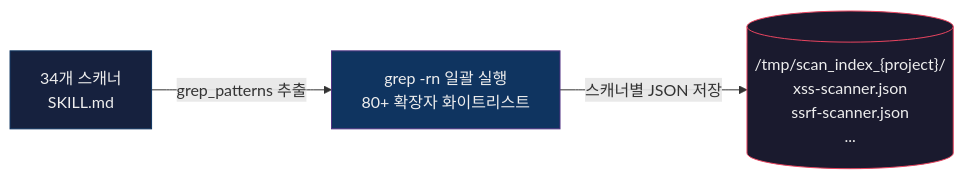
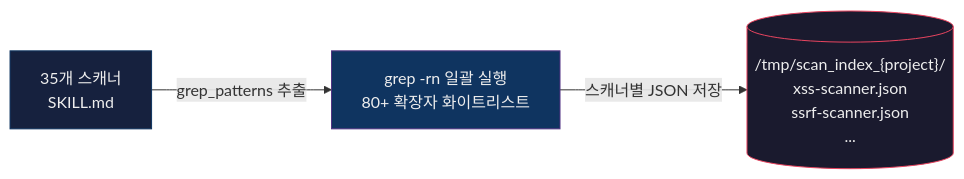
Before and after one commit to nomarlhack/noah-sast: the second of 4 diagrams in README.md, drawn with Mermaid. The commit also changed 2 other files, not shown here.

Commit message:
Fix scanner count: 34개 → 35개로 통일
실제 스캐너 수(35개)에 맞게 SKILL.md, README.md의 잘못된 표기를 수정

````diff
--- a/README.md
+++ b/README.md
@@ -85,9 +85,9 @@
 ```mermaid
 flowchart LR
-    Skills["34개 스캐너\nSKILL.md"] -->|grep_patterns 추출| Grep["grep -rn 일괄 실행\n80+ 확장자 화이트리스트"]
+    Skills["35개 스캐너\nSKILL.md"] -->|grep_patterns 추출| Grep["grep -rn 일괄 실행\n80+ 확장자 화이트리스트"]
     Grep -->|스캐너별 JSON 저장| Dir[("/tmp/scan_index_{project}/\nxss-scanner.json\nssrf-scanner.json\n...")]
 
     style Skills fill:#16213e,stroke:#0f3460,color:#eee
     style Grep fill:#0f3460,stroke:#533483,color:#eee
     style Dir fill:#1a1a2e,stroke:#e94560,color:#eee
 ```
````
